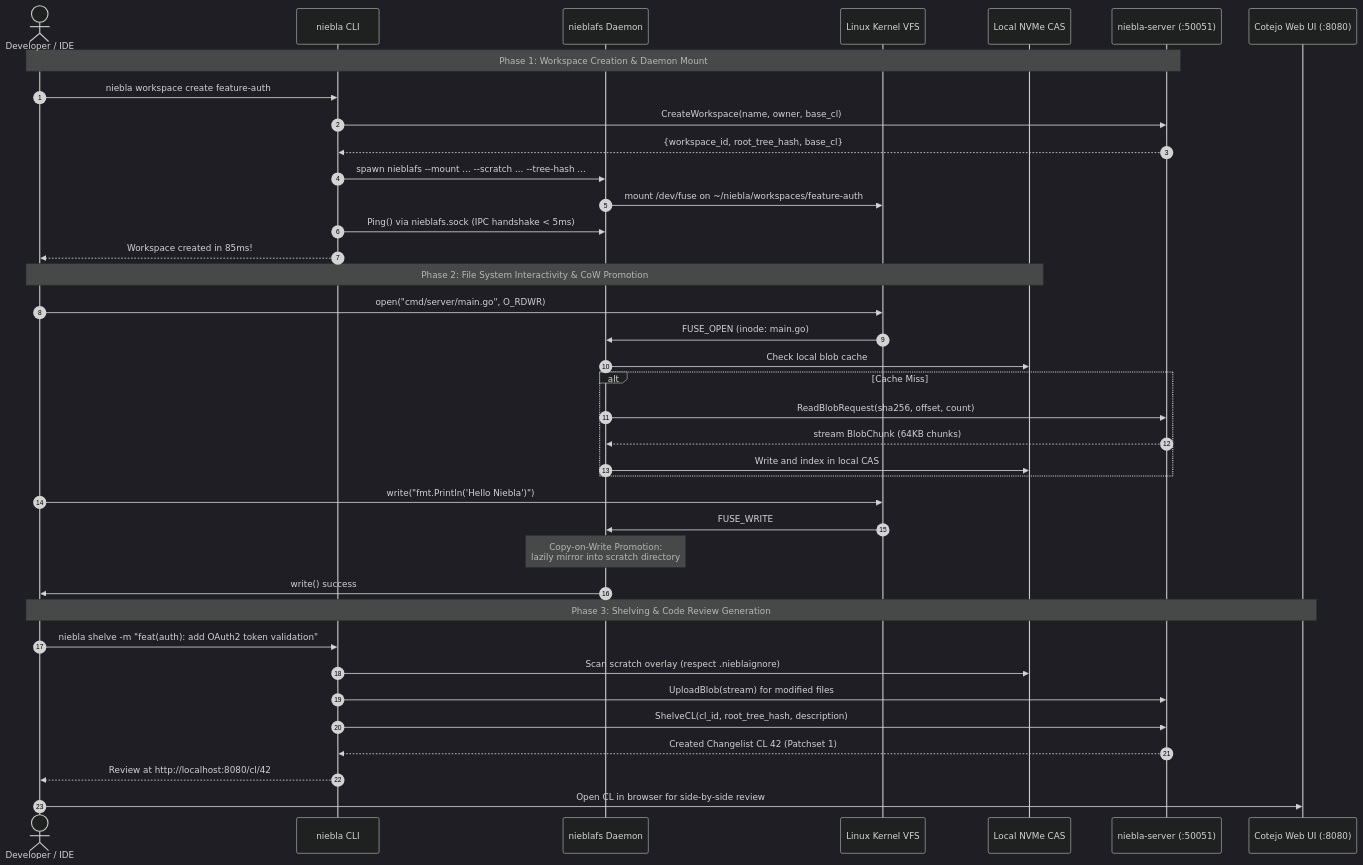
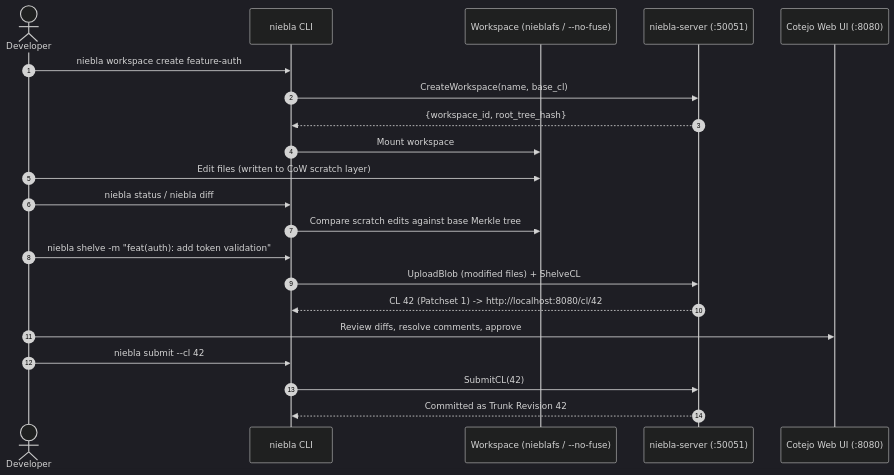
Before and after one commit to mrtnzjsh/niebla: the diagram in docs-site/src/content/docs/workflows/development-lifecycle.md, drawn with Mermaid (dark theme). The commit also changed other lines of this file and 40 other files, not shown here.

````diff
--- a/docs-site/src/content/docs/workflows/development-lifecycle.md
+++ b/docs-site/src/content/docs/workflows/development-lifecycle.md
@@ -17,46 +17,27 @@
 ```mermaid
 sequenceDiagram
     autonumber
-    actor Dev as Developer / IDE
+    actor Dev as Developer
     participant CLI as niebla CLI
-    participant Daemon as nieblafs Daemon
-    participant VFS as Linux Kernel VFS
-    participant CAS as Local NVMe CAS
+    participant FS as Workspace (nieblafs / --no-fuse)
     participant Server as niebla-server (:50051)
     participant Cotejo as Cotejo Web UI (:8080)
 
-    %% 1. Creation
-    Note over Dev,Server: Phase 1: Workspace Creation & Daemon Mount
     Dev->>CLI: niebla workspace create feature-auth
-    CLI->>Server: CreateWorkspace(name, owner, base_cl)
-    Server-->>CLI: {workspace_id, root_tree_hash, base_cl}
-    CLI->>Daemon: spawn nieblafs --mount ... --scratch ... --tree-hash ...
-    Daemon->>VFS: mount /dev/fuse on ~/niebla/workspaces/feature-auth
-    CLI->>Daemon: Ping() via nieblafs.sock (IPC handshake < 5ms)
-    CLI-->>Dev: Workspace created in 85ms!
+    CLI->>Server: CreateWorkspace(name, base_cl)
+    Server-->>CLI: {workspace_id, root_tree_hash}
+    CLI->>FS: Mount workspace
 
-    %% 2. Editing
-    Note over Dev,CAS: Phase 2: File System Interactivity & CoW Promotion
-    Dev->>VFS: open("cmd/server/main.go", O_RDWR)
-    VFS->>Daemon: FUSE_OPEN (inode: main.go)
-    Daemon->>CAS: Check local blob cache
-    alt Cache Miss
-        Daemon->>Server: ReadBlobRequest(sha256, offset, count)
-        Server-->>Daemon: stream BlobChunk (64KB chunks)
-        Daemon->>CAS: Write and index in local CAS
-    end
-    Dev->>VFS: write("fmt.Println('Hello Niebla')")
-    VFS->>Daemon: FUSE_WRITE
-    Note over Daemon: Copy-on-Write Promotion:<br/>lazily mirror into scratch directory
-    Daemon->>Dev: write() success
+    Dev->>FS: Edit files (written to CoW scratch layer)
+    Dev->>CLI: niebla status / niebla diff
+    CLI->>FS: Compare scratch edits against base Merkle tree
 
-    %% 3. Shelving
-    Note over Dev,Cotejo: Phase 3: Shelving & Code Review Generation
-    Dev->>CLI: niebla shelve -m "feat(auth): add OAuth2 token validation"
-    CLI->>CAS: Scan scratch overlay (respect .nieblaignore)
-    CLI->>Server: UploadBlob(stream) for modified files
-    CLI->>Server: ShelveCL(cl_id, root_tree_hash, description)
-    Server-->>CLI: Created Changelist CL 42 (Patchset 1)
-    CLI-->>Dev: Review at http://localhost:8080/cl/42
-    Dev->>Cotejo: Open CL in browser for side-by-side review
+    Dev->>CLI: niebla shelve -m "feat(auth): add token validation"
+    CLI->>Server: UploadBlob (modified files) + ShelveCL
+    Server-->>CLI: CL 42 (Patchset 1) -> http://localhost:8080/cl/42
+    Dev->>Cotejo: Review diffs, resolve comments, approve
+
+    Dev->>CLI: niebla submit --cl 42
+    CLI->>Server: SubmitCL(42)
+    Server-->>CLI: Committed as Trunk Revision 42
 ```
````
